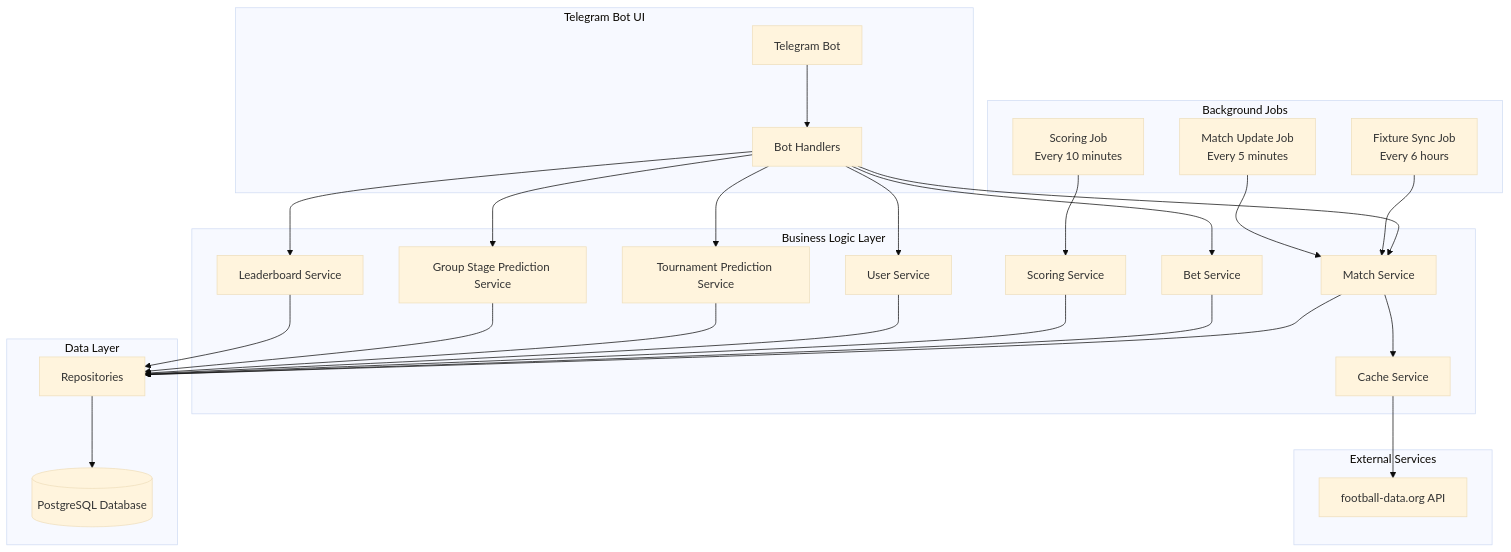
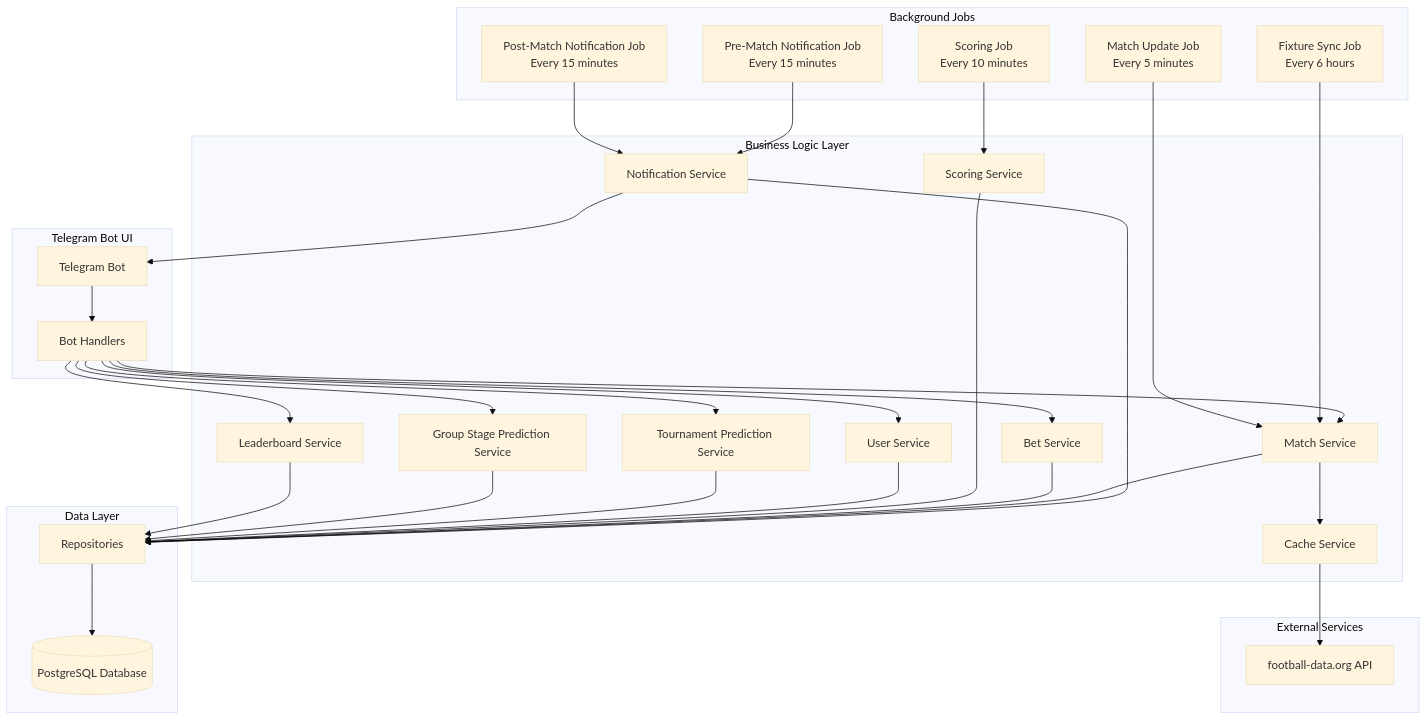
Before and after one commit to obergerkatz/fwc-predictor-telegram-bot: the diagram in docs/architecture.md, drawn with Mermaid (base theme). The commit also changed other lines of this file and 25 other files, not shown here.

````diff
--- a/docs/architecture.md
+++ b/docs/architecture.md
@@ -5,58 +5,66 @@
 ```mermaid
 graph TB
     subgraph "Telegram Bot UI"
         Bot[Telegram Bot]
         Handlers[Bot Handlers]
     end
 
     subgraph "Business Logic Layer"
         MatchSvc[Match Service]
         BetSvc[Bet Service]
         ScoringSvc[Scoring Service]
         UserSvc[User Service]
         TournamentSvc[Tournament Prediction Service]
         GroupStageSvc[Group Stage Prediction Service]
         LeaderboardSvc[Leaderboard Service]
+        NotificationSvc[Notification Service]
         CacheSvc[Cache Service]
     end
 
     subgraph "Data Layer"
         Repos[Repositories]
         DB[(PostgreSQL Database)]
     end
 
     subgraph "External Services"
         API[football-data.org API]
     end
 
     subgraph "Background Jobs"
         FixtureSync[Fixture Sync Job<br/>Every 6 hours]
         MatchUpdate[Match Update Job<br/>Every 5 minutes]
         ScoringJob[Scoring Job<br/>Every 10 minutes]
+        PreMatchNotif[Pre-Match Notification Job<br/>Every 15 minutes]
+        PostMatchNotif[Post-Match Notification Job<br/>Every 15 minutes]
     end
 
     Bot --> Handlers
     Handlers --> MatchSvc
     Handlers --> BetSvc
     Handlers --> UserSvc
     Handlers --> TournamentSvc
     Handlers --> GroupStageSvc
     Handlers --> LeaderboardSvc
+
+    NotificationSvc --> Bot
+    NotificationSvc --> Repos
 
     MatchSvc --> Repos
     BetSvc --> Repos
     ScoringSvc --> Repos
     UserSvc --> Repos
     TournamentSvc --> Repos
     GroupStageSvc --> Repos
     LeaderboardSvc --> Repos
 
     Repos --> DB
 
     MatchSvc --> CacheSvc
     CacheSvc --> API
 
     FixtureSync --> MatchSvc
     MatchUpdate --> MatchSvc
     ScoringJob --> ScoringSvc
+    PreMatchNotif --> NotificationSvc
+    PostMatchNotif --> NotificationSvc
 ```
````
